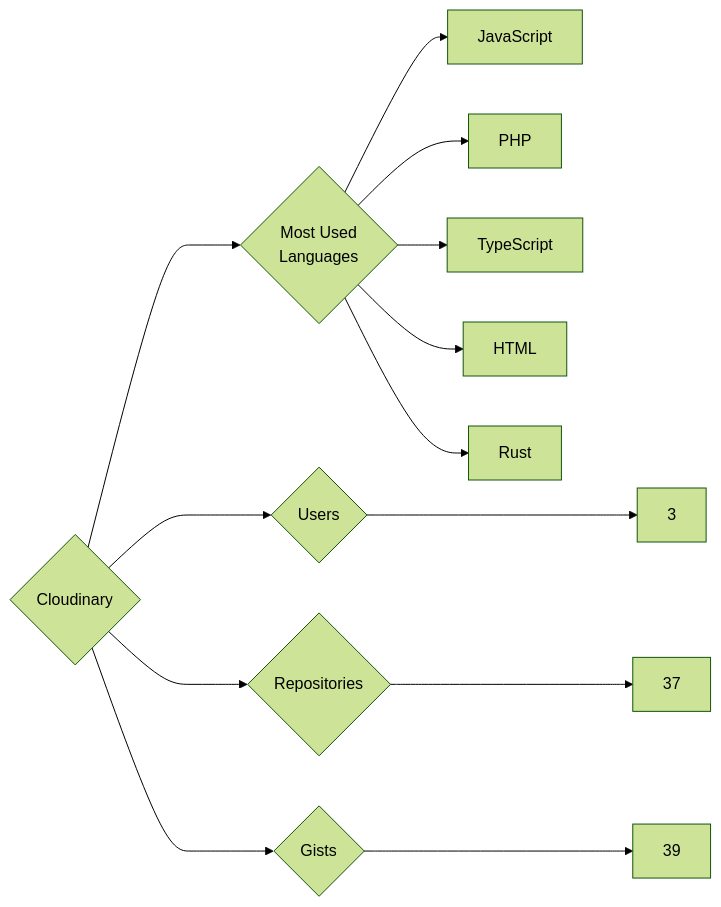
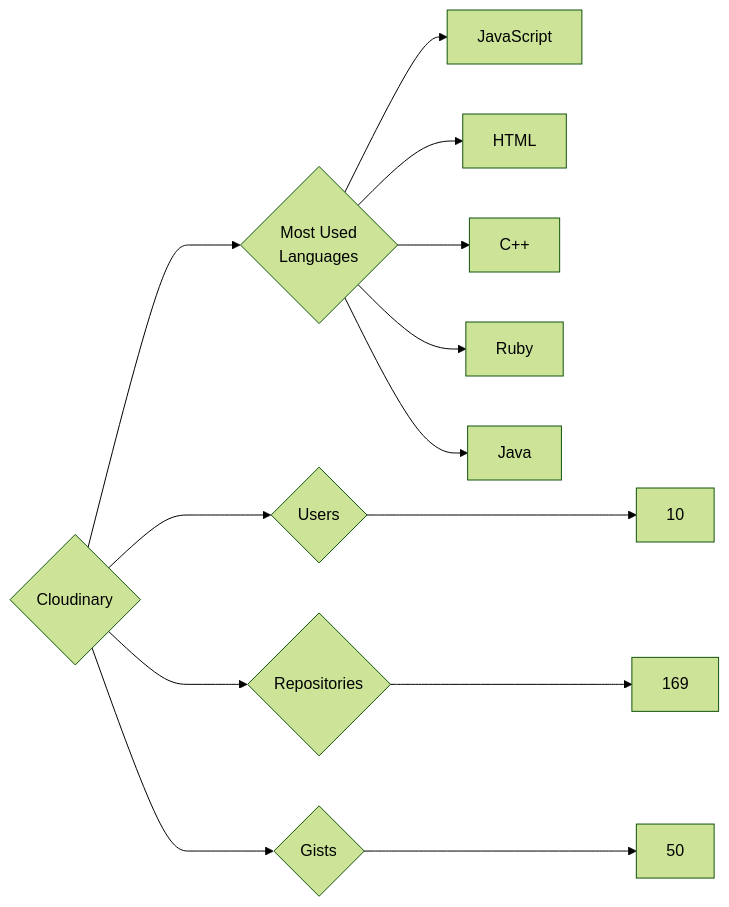
One commit to trickest/insiders changed the diagram in targets/Cloudinary/README.md. Above: the diagram before and after it, drawn with Mermaid (forest theme). The commit also changed 916 other files, not shown here.

````diff
--- a/targets/Cloudinary/README.md
+++ b/targets/Cloudinary/README.md
@@ -3,13 +3,13 @@
 ```mermaid
 graph LR
 COMPANY_NAME{Cloudinary}
-COMPANY_NAME ---> U{Users} ---> UN[3]
-COMPANY_NAME ---> R{Repositories} ---> RN[37]
-COMPANY_NAME ---> G{Gists} ---> GN[39]
+COMPANY_NAME ---> U{Users} ---> UN[10]
+COMPANY_NAME ---> R{Repositories} ---> RN[169]
+COMPANY_NAME ---> G{Gists} ---> GN[50]
 COMPANY_NAME ---> ML{Most Used<br>Languages}
 ML --> JavaScript[JavaScript]
-ML --> PHP[PHP]
-ML --> TypeScript[TypeScript]
 ML --> HTML[HTML]
-ML --> Rust[Rust]
+ML --> C++[C++]
+ML --> Ruby[Ruby]
+ML --> Java[Java]
 ```
````
